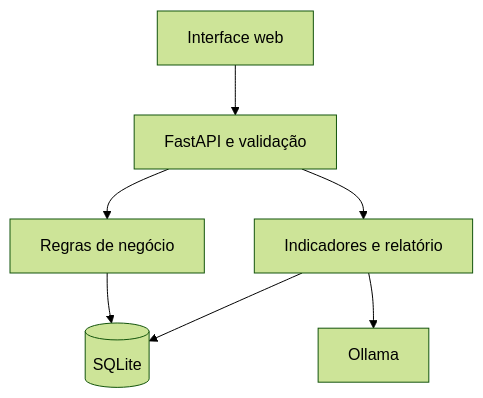
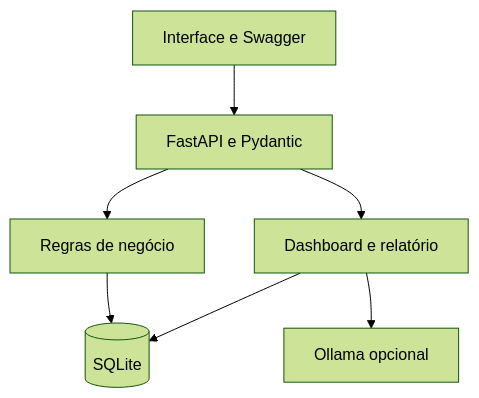
Before and after one commit to Cauasl17/prato-cheio-cp2: the diagram in README.md, drawn with Mermaid (forest theme). The commit also changed other lines of this file and 28 other files, not shown here.

````diff
--- a/README.md
+++ b/README.md
@@ -92,9 +32,9 @@
 ```mermaid
 flowchart TD
-  UI[Interface web] --> API[FastAPI e validação]
+  UI[Interface e Swagger] --> API[FastAPI e Pydantic]
   API --> CRUD[Regras de negócio]
   CRUD --> DB[(SQLite)]
-  API --> Painel[Indicadores e relatório]
+  API --> Painel[Dashboard e relatório]
   Painel --> DB
-  Painel --> LLM[Ollama]
+  Painel --> LLM[Ollama opcional]
 ```
````
